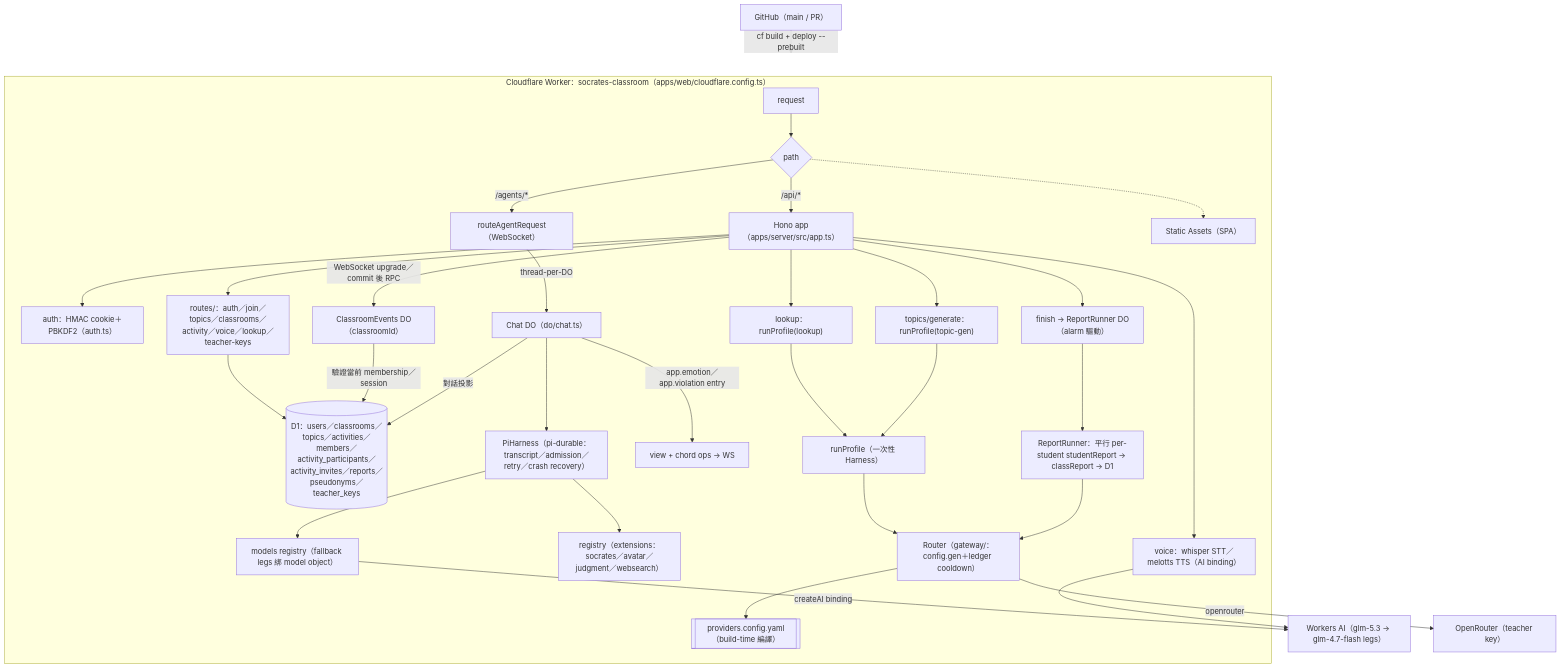
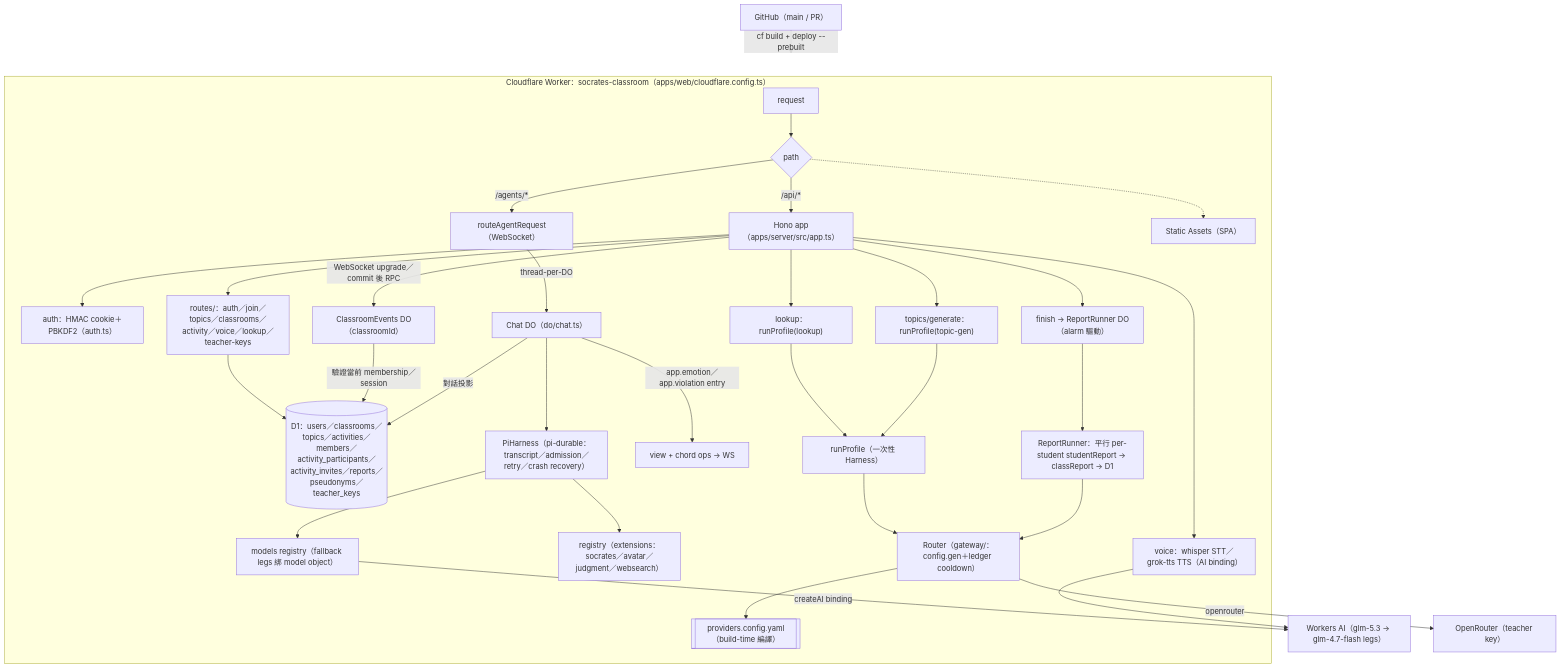
One commit to ntnu-swe-2026-team4/socrates-classroom changed the diagram in docs/architecture.md. Above: the diagram before and after it, drawn with Mermaid. The commit also changed other lines of this file and 2 other files, not shown here.

Commit message:
docs(providers): record xai/grok-tts as the TTS model and retire melotts (#468) (#492)
providers.md §4 still described @cf/myshell-ai/melotts after #119 moved
voice.tts to xai/grok-tts. The TTS entry now carries the 2026-11-27 check
of ZDR scope, per-character price, binding input and output shape, with
official sources. melotts stays as a deprecation record (removed
2026-11-20, HTTP 410). architecture.md and the changelog follow.

Two unverified items go to the todo list: the ZDR setting on the default
gateway, and voice.ts sending language "es" outside the official codes.

Verified: verifier CONFIRMED (claims checked against Cloudflare/xAI docs and voice.ts)

````diff
--- a/docs/architecture.md
+++ b/docs/architecture.md
@@ -21,40 +21,40 @@
 ```mermaid
 flowchart TD
     GH["GitHub（main / PR）"] -->|"cf build + deploy --prebuilt"| WORKER
 
     subgraph WORKER["Cloudflare Worker：socrates-classroom（apps/web/cloudflare.config.ts）"]
         REQ["request"] --> SPLIT{"path"}
         SPLIT -->|"/api/*"| HONO["Hono app（apps/server/src/app.ts）"]
         SPLIT -->|"/agents/*"| AGENT["routeAgentRequest（WebSocket）"]
         SPLIT -.-> SA["Static Assets（SPA）"]
 
         HONO --> AUTH["auth：HMAC cookie＋PBKDF2（auth.ts）"]
         HONO --> ROUTES["routes/：auth／join／topics／classrooms／activity／voice／lookup／teacher-keys"]
         ROUTES --> DB[("D1：users／classrooms／topics／activities／members／activity_participants／activity_invites／reports／pseudonyms／teacher_keys")]
-        HONO --> VOICE["voice：whisper STT／melotts TTS（AI binding）"]
+        HONO --> VOICE["voice：whisper STT／grok-tts TTS（AI binding）"]
         HONO --> LOOKUP["lookup：runProfile(lookup)"]
         HONO --> GEN["topics/generate：runProfile(topic-gen)"]
         HONO -->|"WebSocket upgrade／commit 後 RPC"| EVENTS["ClassroomEvents DO（classroomId）"]
         EVENTS -->|"驗證當前 membership／session"| DB
         HONO --> FINISH["finish → ReportRunner DO（alarm 驅動）"]
 
         AGENT -->|"thread-per-DO"| CHAT["Chat DO（do/chat.ts）"]
         CHAT --> PH["PiHarness（pi-durable：transcript／admission／retry／crash recovery）"]
         PH --> REG["registry（extensions：socrates／avatar／judgment／websearch）"]
         PH --> MODELS["models registry（fallback legs 綁 model object）"]
         CHAT -->|"app.emotion／app.violation entry"| VIEW["view + chord ops → WS"]
         CHAT -->|"對話投影"| DB
 
         LOOKUP --> RP["runProfile（一次性 Harness）"]
         GEN --> RP
         RP --> ROUTER["Router（gateway/：config.gen＋ledger cooldown）"]
         ROUTER --> CFG[["providers.config.yaml（build-time 編譯）"]]
         FINISH --> RR["ReportRunner：平行 per-student studentReport → classReport → D1"]
         RR --> ROUTER
     end
 
     MODELS -->|"createAI binding"| WAI["Workers AI（glm-5.3 → glm-4.7-flash legs）"]
 
     ROUTER -->|"openrouter"| OR["OpenRouter（teacher key）"]
     VOICE --> WAI
 ```
````
